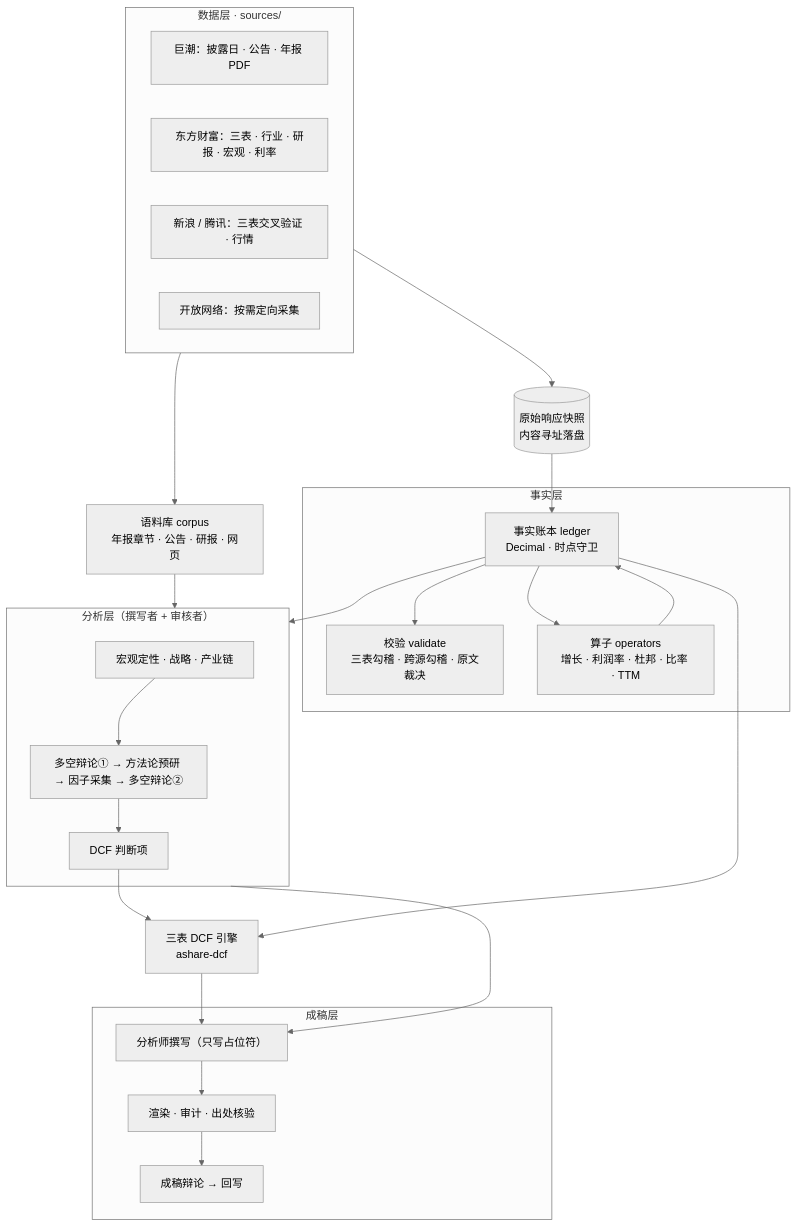
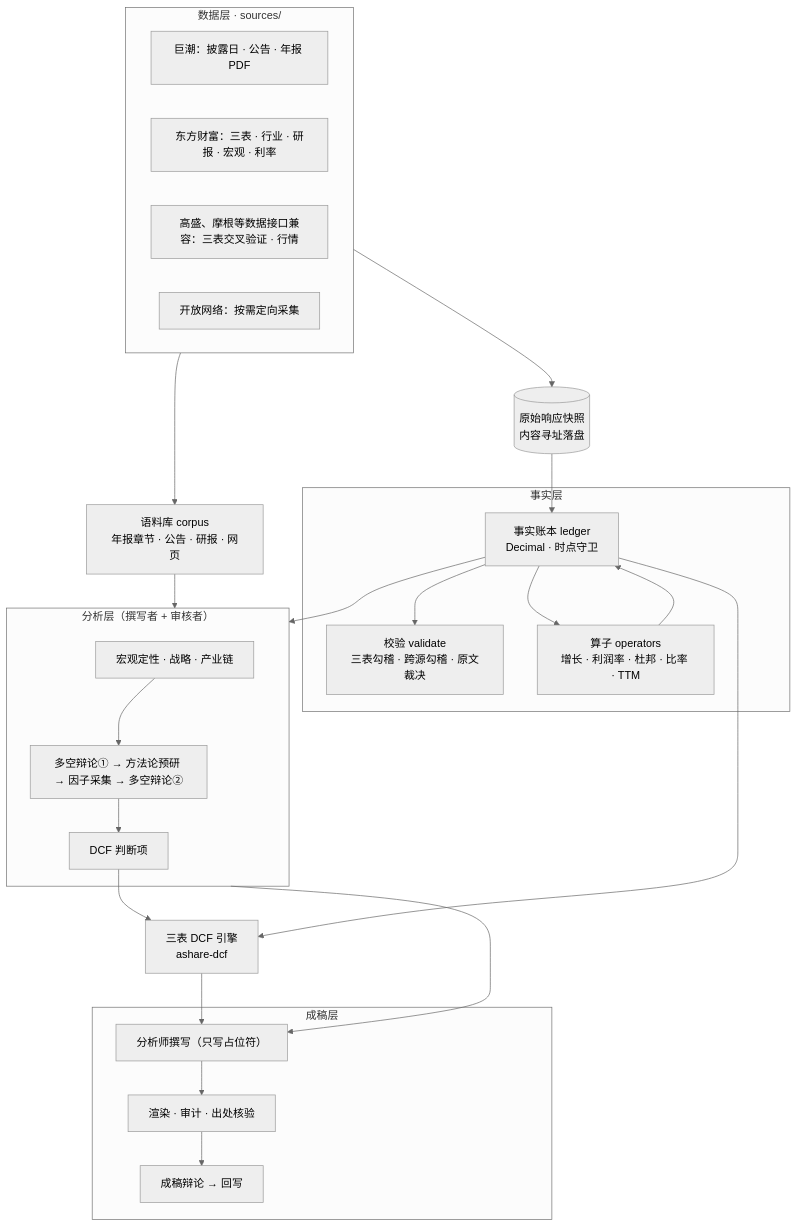
Before and after one commit to 928460495/ir-agent: the first of 2 diagrams in README.md, drawn with Mermaid (neutral theme).

Commit message:
Update data source description in README

````diff
--- a/README.md
+++ b/README.md
@@ -33,38 +33,38 @@
 ```mermaid
 flowchart TB
     subgraph S["数据层 · sources/"]
         S1["巨潮：披露日 · 公告 · 年报 PDF"]
         S2["东方财富：三表 · 行业 · 研报 · 宏观 · 利率"]
-        S3["新浪 / 腾讯：三表交叉验证 · 行情"]
+        S3["高盛、摩根等数据接口兼容：三表交叉验证 · 行情"]
         S4["开放网络：按需定向采集"]
     end
     SNAP[("原始响应快照<br/>内容寻址落盘")]
     subgraph F["事实层"]
         L["事实账本 ledger<br/>Decimal · 时点守卫"]
         V["校验 validate<br/>三表勾稽 · 跨源勾稽 · 原文裁决"]
         O["算子 operators<br/>增长 · 利润率 · 杜邦 · 比率 · TTM"]
     end
     C["语料库 corpus<br/>年报章节 · 公告 · 研报 · 网页"]
     subgraph A["分析层（撰写者 + 审核者）"]
         A1["宏观定性 · 战略 · 产业链"]
         A2["多空辩论① → 方法论预研 → 因子采集 → 多空辩论②"]
         A3["DCF 判断项"]
     end
     DCF["三表 DCF 引擎<br/>ashare-dcf"]
     subgraph R["成稿层"]
         R1["分析师撰写（只写占位符）"]
         R2["渲染 · 审计 · 出处核验"]
         R3["成稿辩论 → 回写"]
     end
 
     S --> SNAP --> L
     L --> V
     L --> O --> L
     S --> C
     L --> A
     C --> A
     A1 --> A2 --> A3 --> DCF
     L --> DCF
     A --> R1 --> R2 --> R3
     DCF --> R1
 ```
````
